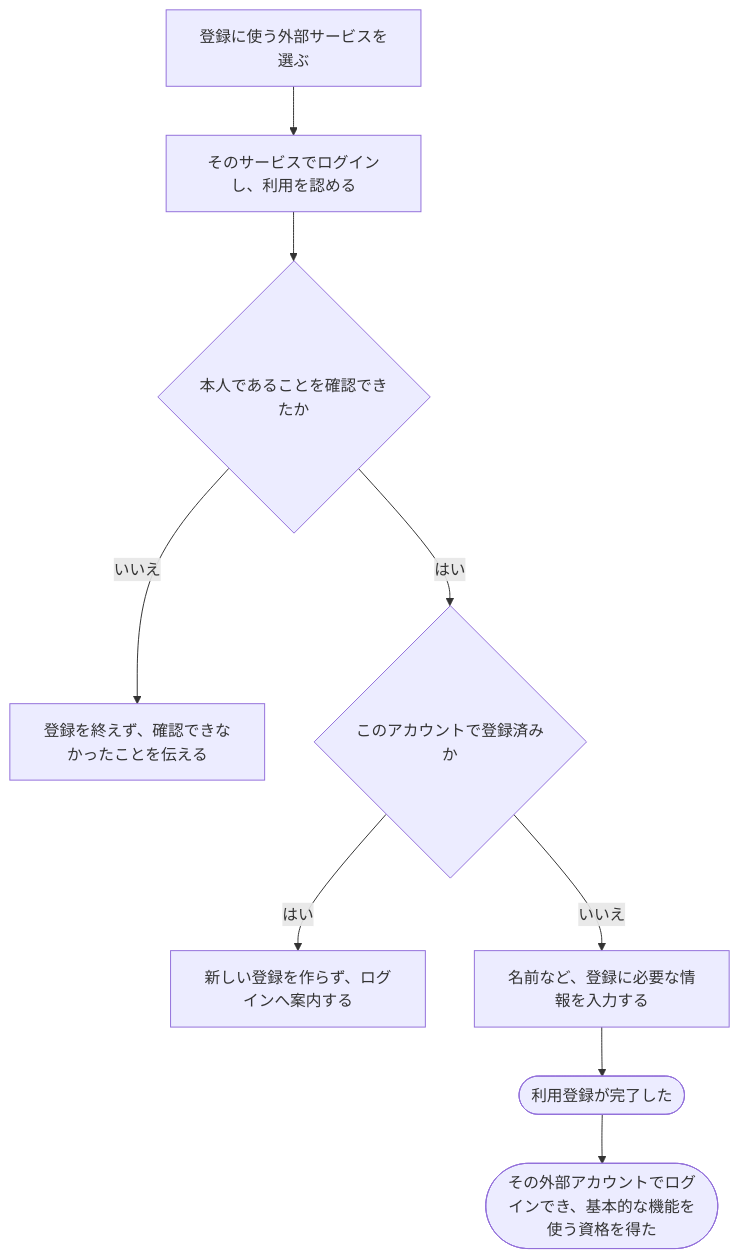
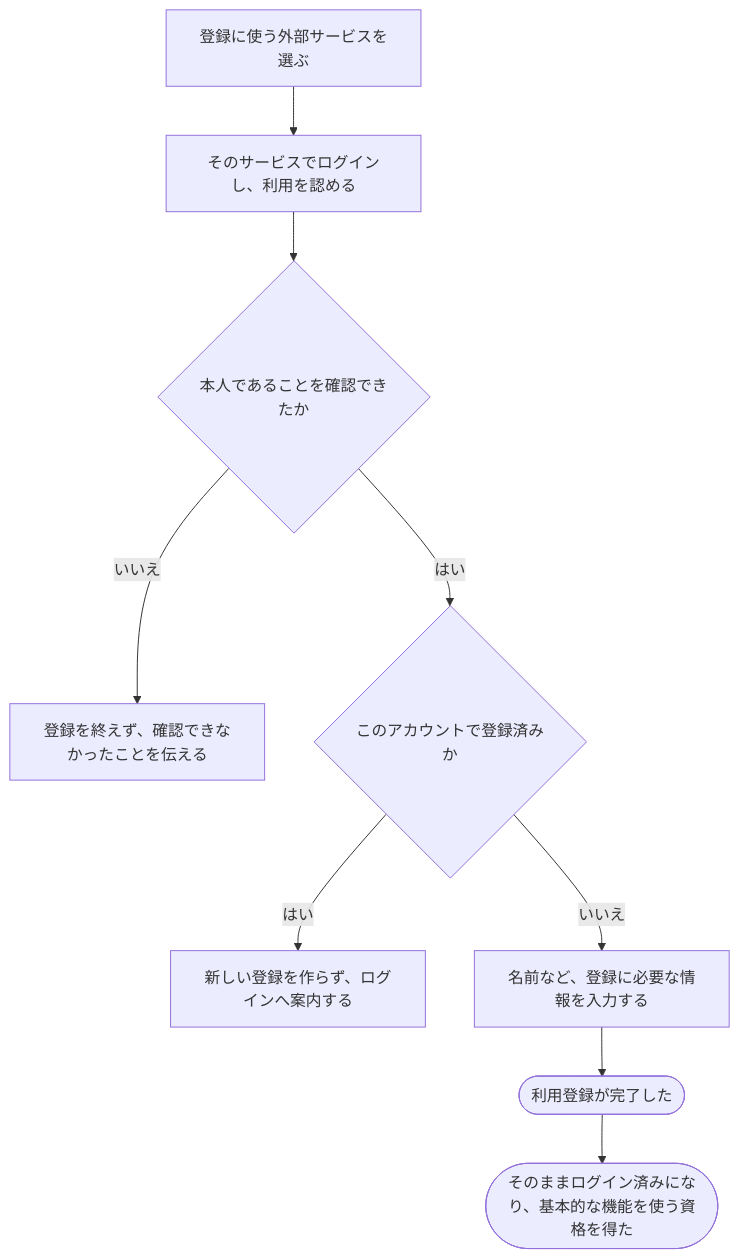
One commit to traP-jp/traOJudge changed the diagram in docs/requirements/scenarios/authentication/register-with-another-service.md. Above: the diagram before and after it, drawn with Mermaid. The commit also changed other lines of this file and 36 other files, not shown here.

First line of the commit message:
feat(authentication): Update email change and registration flows

````diff
--- a/docs/requirements/scenarios/authentication/register-with-another-service.md
+++ b/docs/requirements/scenarios/authentication/register-with-another-service.md
@@ -23,11 +23,11 @@
 ```mermaid
 flowchart TD
     A["登録に使う外部サービスを選ぶ"] --> B["そのサービスでログインし、利用を認める"]
     B --> C{"本人であることを確認できたか"}
     C -->|いいえ| D["登録を終えず、確認できなかったことを伝える"]
     C -->|はい| E{"このアカウントで登録済みか"}
     E -->|はい| F["新しい登録を作らず、ログインへ案内する"]
     E -->|いいえ| G["名前など、登録に必要な情報を入力する"]
     G --> H(["利用登録が完了した"])
-    H --> I(["その外部アカウントでログインでき、基本的な機能を使う資格を得た"])
+    H --> I(["そのままログイン済みになり、基本的な機能を使う資格を得た"])
 ```
````
